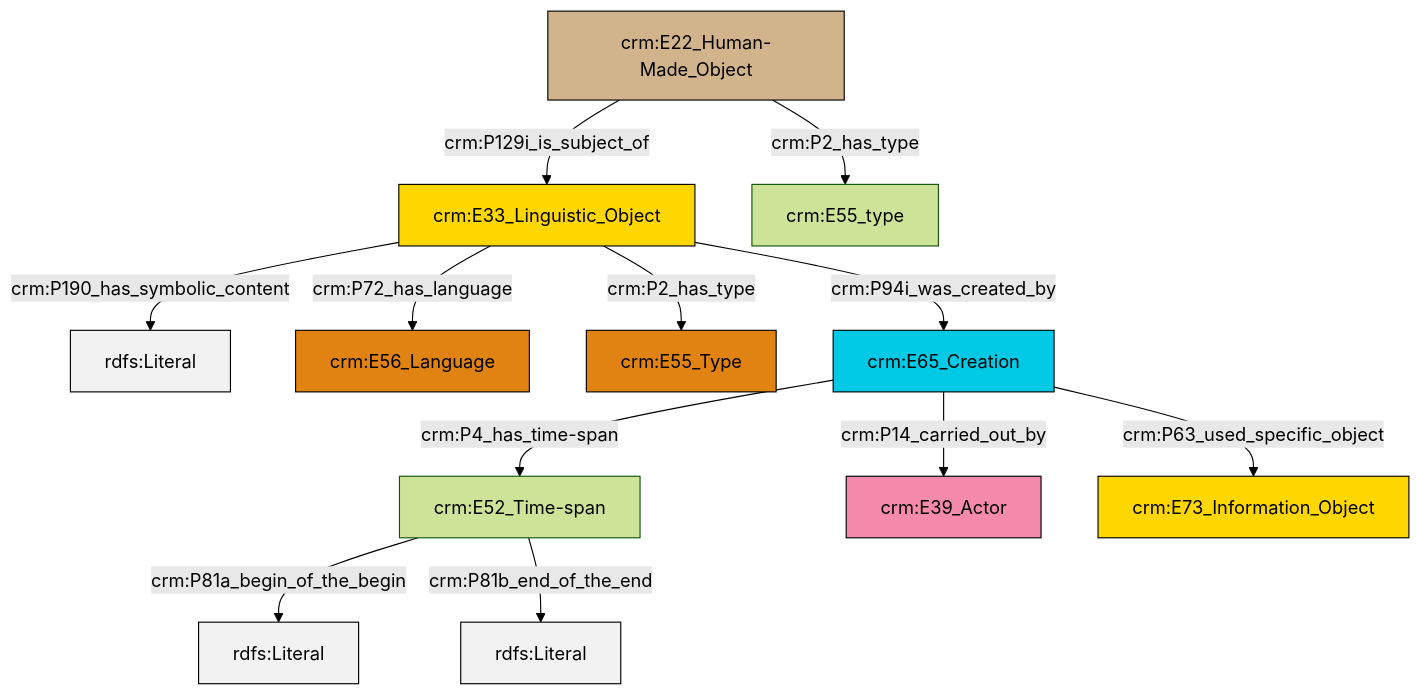
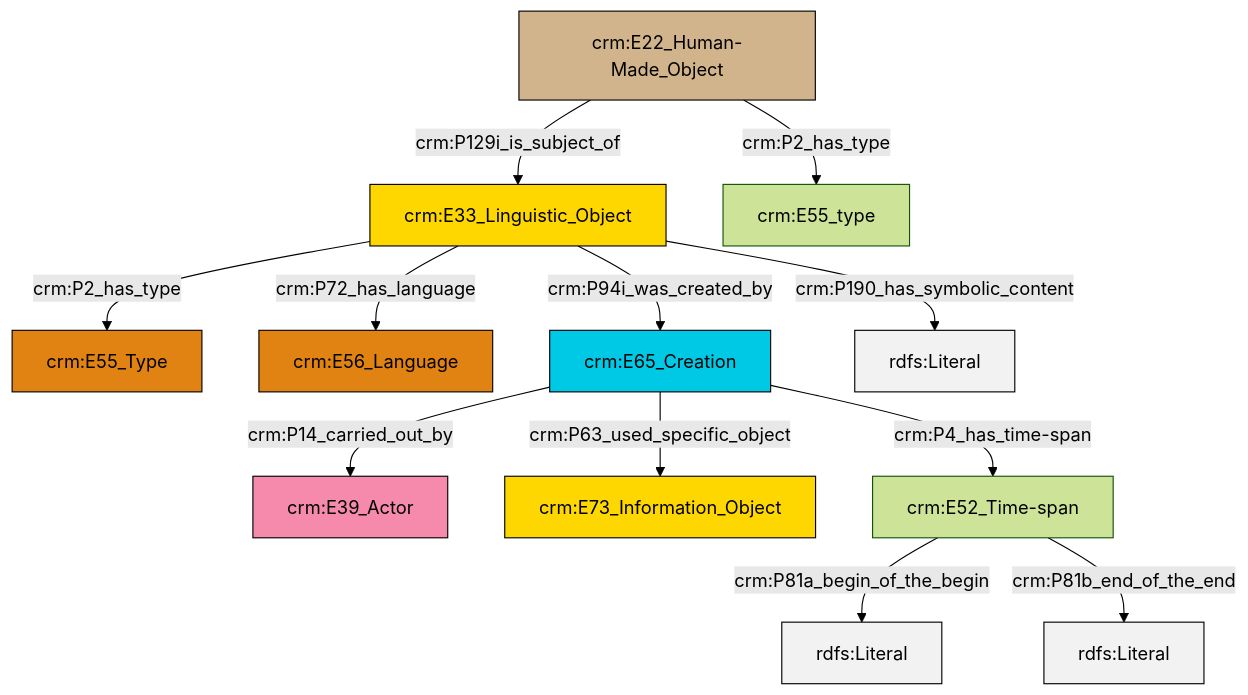
One commit to swiss-art-research-net/reference-data-models changed the diagram in et/artworkCSV/ttl/mmd/Artwork_Description.ttl.mmd. Above: the diagram before and after it, drawn with Mermaid (forest theme). The commit also changed 131 other files, not shown here.

```diff
--- a/et/artworkCSV/ttl/mmd/Artwork_Description.ttl.mmd
+++ b/et/artworkCSV/ttl/mmd/Artwork_Description.ttl.mmd
@@ -1,26 +1,26 @@
 graph TD
 classDef Literal fill:#f2f2f2,stroke:#000000;
 classDef CRM_Entity fill:#FFFFFF,stroke:#000000;
 classDef Temporal_Entity fill:#00C9E6, stroke:#000000;
 classDef Type fill:#E18312, stroke:#000000;
 classDef Time-Span fill:#2C9C91, stroke:#000000;
 classDef Appellation fill:#FFEB7F, stroke:#000000;
 classDef Place fill:#008836, stroke:#000000;
 classDef Persistent_Item fill:#B266B2, stroke:#000000;
 classDef Conceptual_Object fill:#FFD700, stroke:#000000;
 classDef Physical_Thing fill:#D2B48C, stroke:#000000;
 classDef Actor fill:#f58aad, stroke:#000000;
 classDef PC_Classes fill:#4ce600, stroke:#000000;
 classDef Multi fill:#cccccc,stroke:#000000;
 
-0["crm:E52_Time-span"]:::Default -->|crm:P81a_begin_of_the_begin| 1[rdfs:Literal]:::Literal
-2["crm:E33_Linguistic_Object"]:::Conceptual_Object -->|crm:P190_has_symbolic_content| 3[rdfs:Literal]:::Literal
-8["crm:E22_Human-Made_Object"]:::Physical_Thing -->|crm:P129i_is_subject_of| 2["crm:E33_Linguistic_Object"]:::Conceptual_Object
-0["crm:E52_Time-span"]:::Default -->|crm:P81b_end_of_the_end| 13[rdfs:Literal]:::Literal
-2["crm:E33_Linguistic_Object"]:::Conceptual_Object -->|crm:P2_has_type| 6["crm:E55_Type"]:::Type
-19["crm:E65_Creation"]:::Temporal_Entity -->|crm:P4_has_time-span| 0["crm:E52_Time-span"]:::Default
-8["crm:E22_Human-Made_Object"]:::Physical_Thing -->|crm:P2_has_type| 17["crm:E55_type"]:::Default
-2["crm:E33_Linguistic_Object"]:::Conceptual_Object -->|crm:P94i_was_created_by| 19["crm:E65_Creation"]:::Temporal_Entity
-19["crm:E65_Creation"]:::Temporal_Entity -->|crm:P14_carried_out_by| 9["crm:E39_Actor"]:::Actor
-19["crm:E65_Creation"]:::Temporal_Entity -->|crm:P63_used_specific_object| 14["crm:E73_Information_Object"]:::Conceptual_Object
-2["crm:E33_Linguistic_Object"]:::Conceptual_Object -->|crm:P72_has_language| 4["crm:E56_Language"]:::Type
+0["crm:E33_Linguistic_Object"]:::Conceptual_Object -->|crm:P2_has_type| 1["crm:E55_Type"]:::Type
+4["crm:E65_Creation"]:::Temporal_Entity -->|crm:P14_carried_out_by| 5["crm:E39_Actor"]:::Actor
+6["crm:E22_Human-Made_Object"]:::Physical_Thing -->|crm:P2_has_type| 7["crm:E55_type"]:::Default
+6["crm:E22_Human-Made_Object"]:::Physical_Thing -->|crm:P129i_is_subject_of| 0["crm:E33_Linguistic_Object"]:::Conceptual_Object
+0["crm:E33_Linguistic_Object"]:::Conceptual_Object -->|crm:P94i_was_created_by| 4["crm:E65_Creation"]:::Temporal_Entity
+0["crm:E33_Linguistic_Object"]:::Conceptual_Object -->|crm:P72_has_language| 2["crm:E56_Language"]:::Type
+12["crm:E52_Time-span"]:::Default -->|crm:P81a_begin_of_the_begin| 13[rdfs:Literal]:::Literal
+4["crm:E65_Creation"]:::Temporal_Entity -->|crm:P63_used_specific_object| 8["crm:E73_Information_Object"]:::Conceptual_Object
+0["crm:E33_Linguistic_Object"]:::Conceptual_Object -->|crm:P190_has_symbolic_content| 16[rdfs:Literal]:::Literal
+4["crm:E65_Creation"]:::Temporal_Entity -->|crm:P4_has_time-span| 12["crm:E52_Time-span"]:::Default
+12["crm:E52_Time-span"]:::Default -->|crm:P81b_end_of_the_end| 20[rdfs:Literal]:::Literal
```
